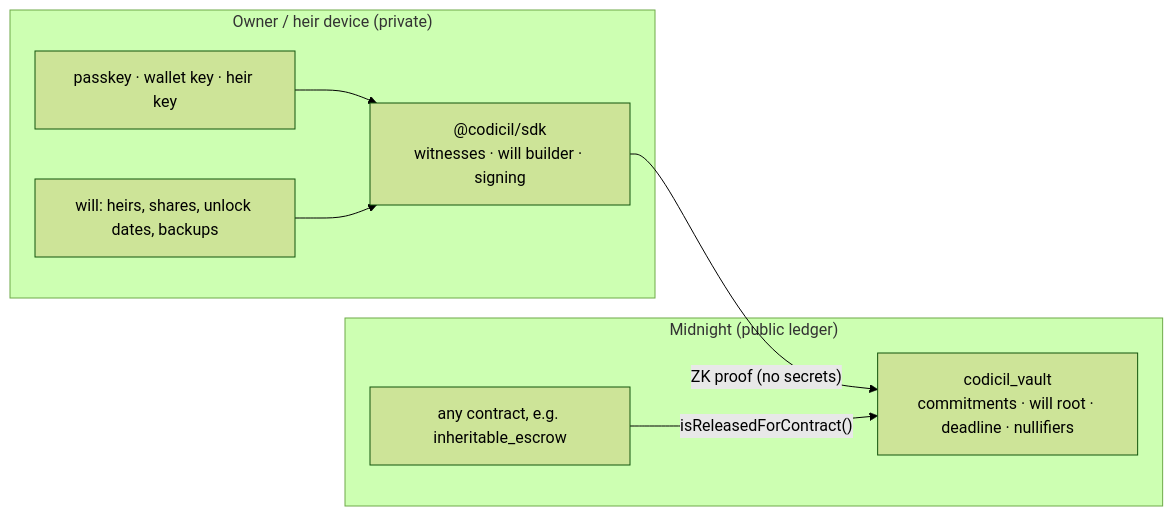
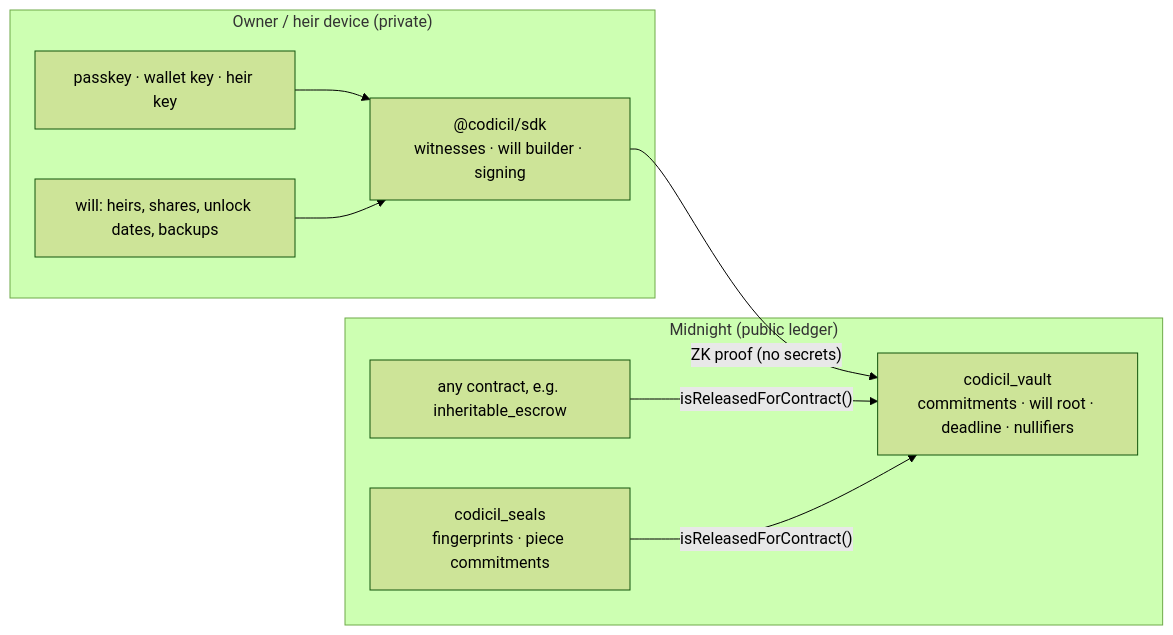
The second of 2 diagrams in README.md (Evangel90/Codicil), drawn with Mermaid (forest theme) before and after one commit. The commit also changed other lines of this file and 9 other files, not shown here.

````diff
--- a/README.md
+++ b/README.md
@@ -170,16 +202,18 @@
 ```mermaid
 flowchart LR
     subgraph Device["Owner / heir device (private)"]
       K["passkey · wallet key · heir key"]
       W["will: heirs, shares, unlock dates, backups"]
       SDK["@codicil/sdk<br/>witnesses · will builder · signing"]
     end
     subgraph Chain["Midnight (public ledger)"]
       V["codicil_vault<br/>commitments · will root · deadline · nullifiers"]
       E["any contract, e.g. inheritable_escrow"]
+      R["codicil_seals<br/>fingerprints · piece commitments"]
     end
     K --> SDK
     W --> SDK
     SDK -- "ZK proof (no secrets)" --> V
     E -- "isReleasedForContract()" --> V
+    R -- "isReleasedForContract()" --> V
 ```
````
